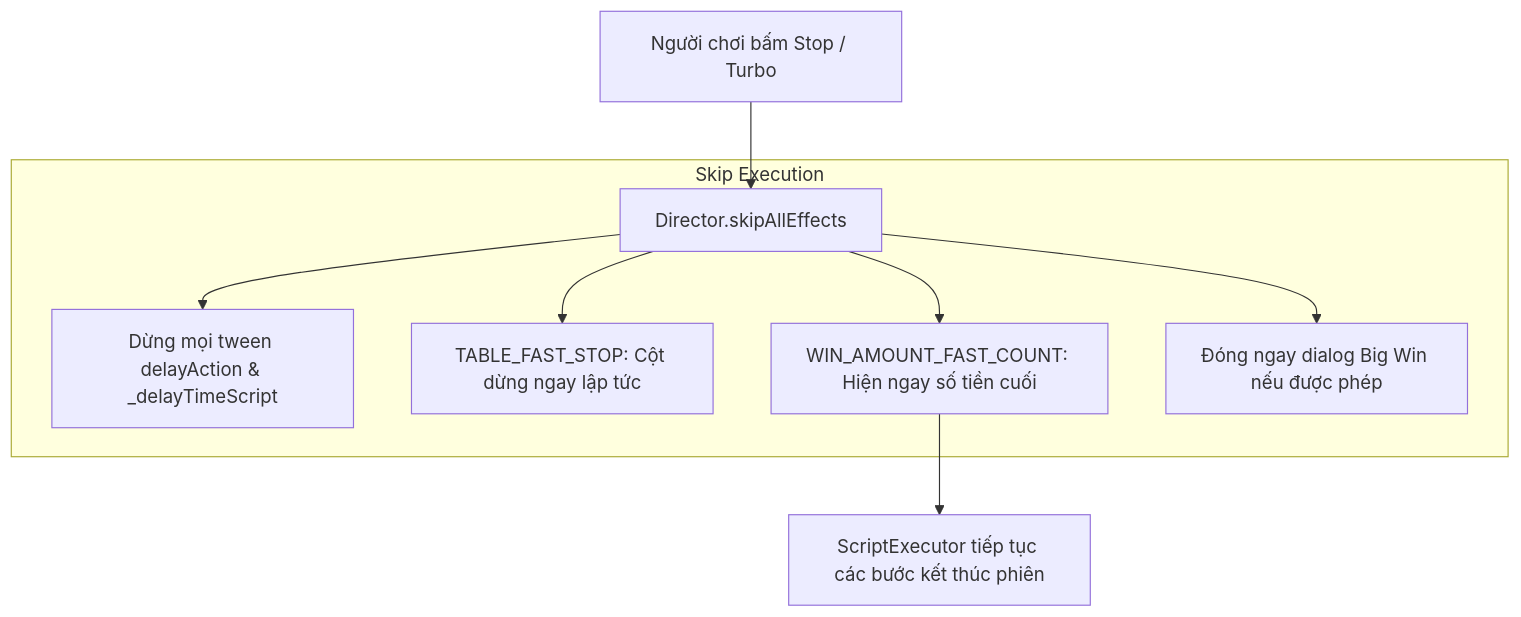
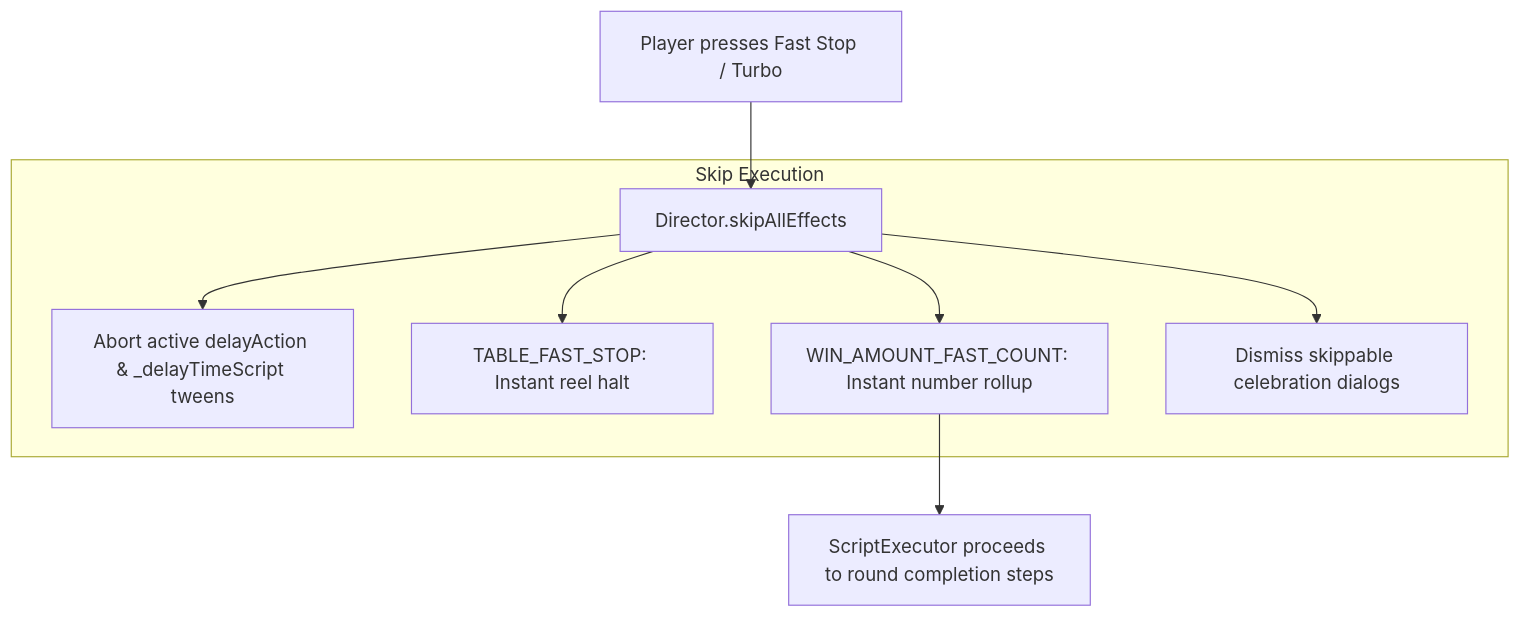
Before and after one commit to lam-ark/mcp-fwcc: the second of 2 diagrams in docs/cc_slot_module/over_view/10_script_executor_and_writer_command_pipeline.md, drawn with Mermaid. The commit also changed other lines of this file and 16 other files, not shown here.

````diff
--- a/docs/cc_slot_module/over_view/10_script_executor_and_writer_command_pipeline.md
+++ b/docs/cc_slot_module/over_view/10_script_executor_and_writer_command_pipeline.md
@@ -89,13 +89,13 @@
 ```mermaid
 graph TD
-    UserClick[Người chơi bấm Stop / Turbo] --> SkipTrigger[Director.skipAllEffects]
+    UserClick[Player presses Fast Stop / Turbo] --> SkipTrigger[Director.skipAllEffects]
     
     subgraph Skip Execution
-        SkipTrigger --> ClearTweens[Dừng mọi tween delayAction & _delayTimeScript]
-        SkipTrigger --> FastStop[TABLE_FAST_STOP: Cột dừng ngay lập tức]
-        SkipTrigger --> InstantNumbers[WIN_AMOUNT_FAST_COUNT: Hiện ngay số tiền cuối]
-        SkipTrigger --> CloseCutscene[Đóng ngay dialog Big Win nếu được phép]
+        SkipTrigger --> ClearTweens[Abort active delayAction & _delayTimeScript tweens]
+        SkipTrigger --> FastStop[TABLE_FAST_STOP: Instant reel halt]
+        SkipTrigger --> InstantNumbers[WIN_AMOUNT_FAST_COUNT: Instant number rollup]
+        SkipTrigger --> CloseCutscene[Dismiss skippable celebration dialogs]
     end
 
-    InstantNumbers --> ResumeFlow[ScriptExecutor tiếp tục các bước kết thúc phiên]
+    InstantNumbers --> ResumeFlow[ScriptExecutor proceeds to round completion steps]
 ```
````
